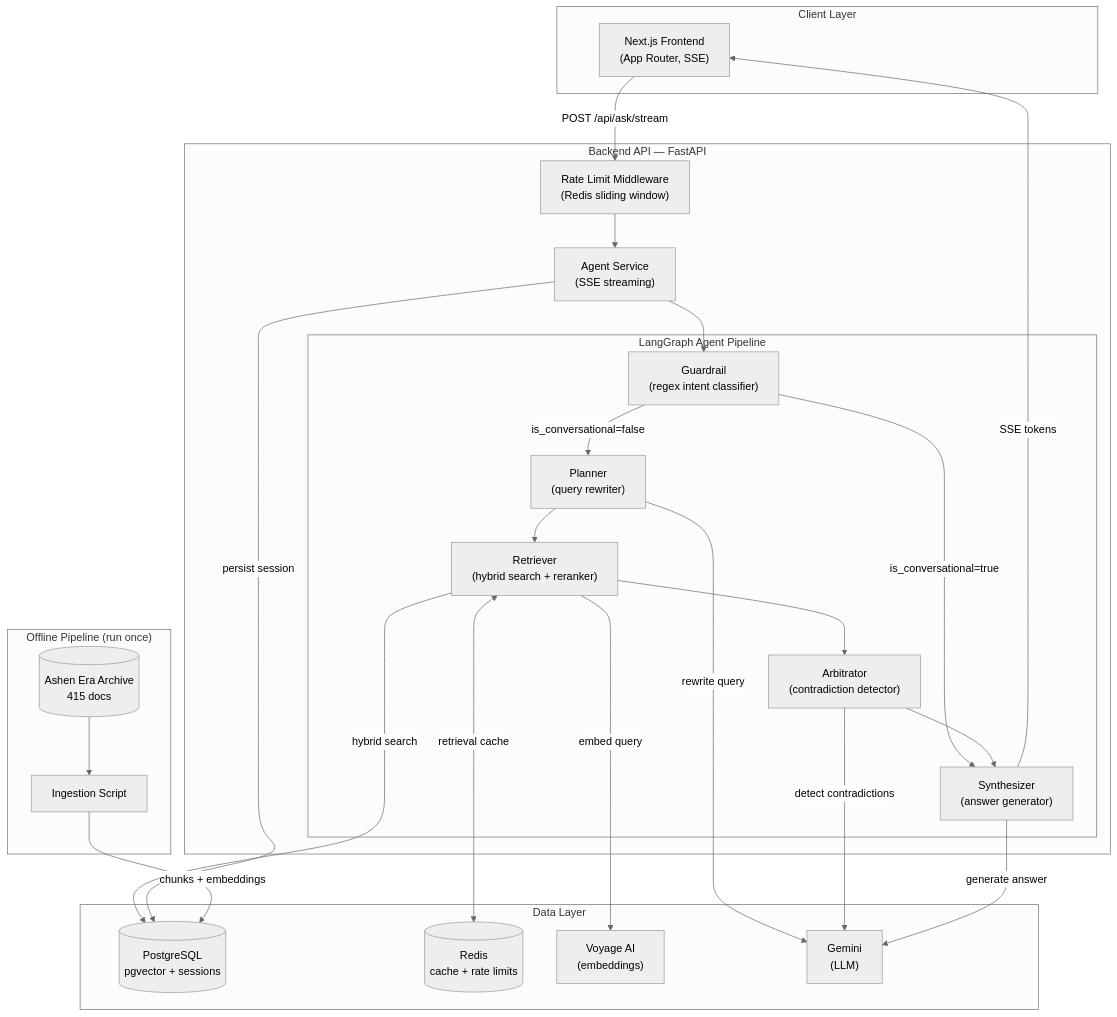
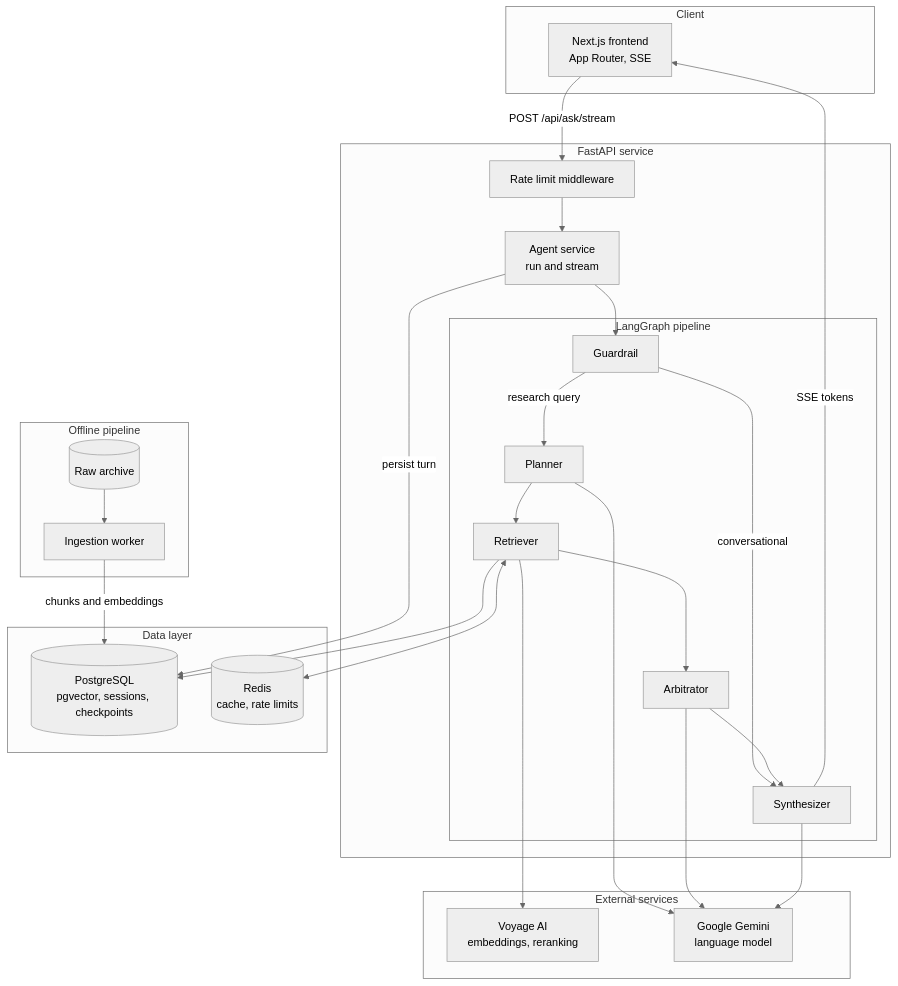
One commit to NayanthaNethsara/Hermes changed the first of 3 diagrams in docs/architecture.md. Above: the diagram before and after it, drawn with Mermaid (neutral theme). The commit also changed other lines of this file and 27 other files, not shown here.

````diff
--- a/docs/architecture.md
+++ b/docs/architecture.md
@@ -16,53 +10,49 @@
 ```mermaid
 flowchart TD
-    subgraph Client["Client Layer"]
-        FE["Next.js Frontend<br/>(App Router, SSE)"]
+    subgraph Client
+        FE["Next.js frontend<br/>App Router, SSE"]
     end
 
-    subgraph Backend["Backend API — FastAPI"]
-        MW["Rate Limit Middleware<br/>(Redis sliding window)"]
-        SVC["Agent Service<br/>(SSE streaming)"]
+    subgraph Service["FastAPI service"]
+        MW["Rate limit middleware"]
+        SVC["Agent service<br/>run and stream"]
 
-        subgraph Graph["LangGraph Agent Pipeline"]
-            GR["Guardrail<br/>(regex intent classifier)"]
-            PL["Planner<br/>(query rewriter)"]
-            RT["Retriever<br/>(hybrid search + reranker)"]
-            AR["Arbitrator<br/>(contradiction detector)"]
-            SY["Synthesizer<br/>(answer generator)"]
+        subgraph Graph["LangGraph pipeline"]
+            GR["Guardrail"]
+            PL["Planner"]
+            RT["Retriever"]
+            AR["Arbitrator"]
+            SY["Synthesizer"]
         end
     end
 
-    subgraph Data["Data Layer"]
-        PG[("PostgreSQL<br/>pgvector + sessions")]
-        RD[("Redis<br/>cache + rate limits")]
-        VY["Voyage AI<br/>(embeddings)"]
-        GM["Gemini<br/>(LLM)"]
+    subgraph Stores["Data layer"]
+        PG[("PostgreSQL<br/>pgvector, sessions, checkpoints")]
+        RD[("Redis<br/>cache, rate limits")]
     end
 
-    subgraph Offline["Offline Pipeline (run once)"]
-        ING["Ingestion Script"]
-        CORPUS[("Ashen Era Archive<br/>415 docs")]
+    subgraph External["External services"]
+        VY["Voyage AI<br/>embeddings, reranking"]
+        GM["Google Gemini<br/>language model"]
     end
 
-    FE -->|"POST /api/ask/stream"| MW --> SVC
-    SVC --> GR
+    subgraph Offline["Offline pipeline"]
+        CORPUS[("Raw archive")]
+        ING["Ingestion worker"]
+    end
 
-    GR -->|"is_conversational=true"| SY
-    GR -->|"is_conversational=false"| PL
-    PL --> RT
-    RT --> AR
-    AR --> SY
+    FE -->|"POST /api/ask/stream"| MW --> SVC --> GR
+    GR -->|conversational| SY
+    GR -->|research query| PL --> RT --> AR --> SY
 
-    RT -->|"embed query"| VY
-    RT -->|"hybrid search"| PG
-    RT <-->|"retrieval cache"| RD
+    RT --> VY
+    RT --> PG
+    RT <--> RD
+    PL --> GM
+    AR --> GM
+    SY --> GM
 
-    PL -->|"rewrite query"| GM
-    AR -->|"detect contradictions"| GM
-    SY -->|"generate answer"| GM
-
-    SY -->|"SSE tokens"| FE
-    SVC -->|"persist session"| PG
-
-    CORPUS --> ING -->|"chunks + embeddings"| PG
+    SY -->|SSE tokens| FE
+    SVC -->|persist turn| PG
+    CORPUS --> ING -->|chunks and embeddings| PG
 ```
````
